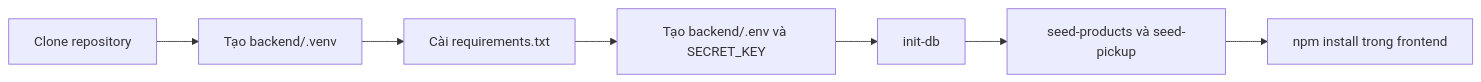
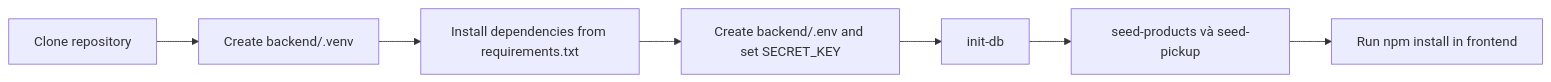
One commit to Henhhh/Web_29GG changed the first of 3 diagrams in docs/run-and-test.md. Above: the diagram before and after it, drawn with Mermaid. The commit also changed other lines of this file and 5 other files, not shown here.

````diff
--- a/docs/run-and-test.md
+++ b/docs/run-and-test.md
@@ -24,9 +24,9 @@
 ```mermaid
 flowchart LR
-    A[Clone repository] --> B[Tạo backend/.venv]
-    B --> C[Cài requirements.txt]
-    C --> D[Tạo backend/.env và SECRET_KEY]
+    A[Clone repository] --> B[Create backend/.venv]
+    B --> C[Install dependencies from requirements.txt]
+    C --> D[Create backend/.env and set SECRET_KEY]
     D --> E[init-db]
     E --> F[seed-products và seed-pickup]
-    F --> G[npm install trong frontend]
+    F --> G[Run npm install in frontend]
 ```
````
